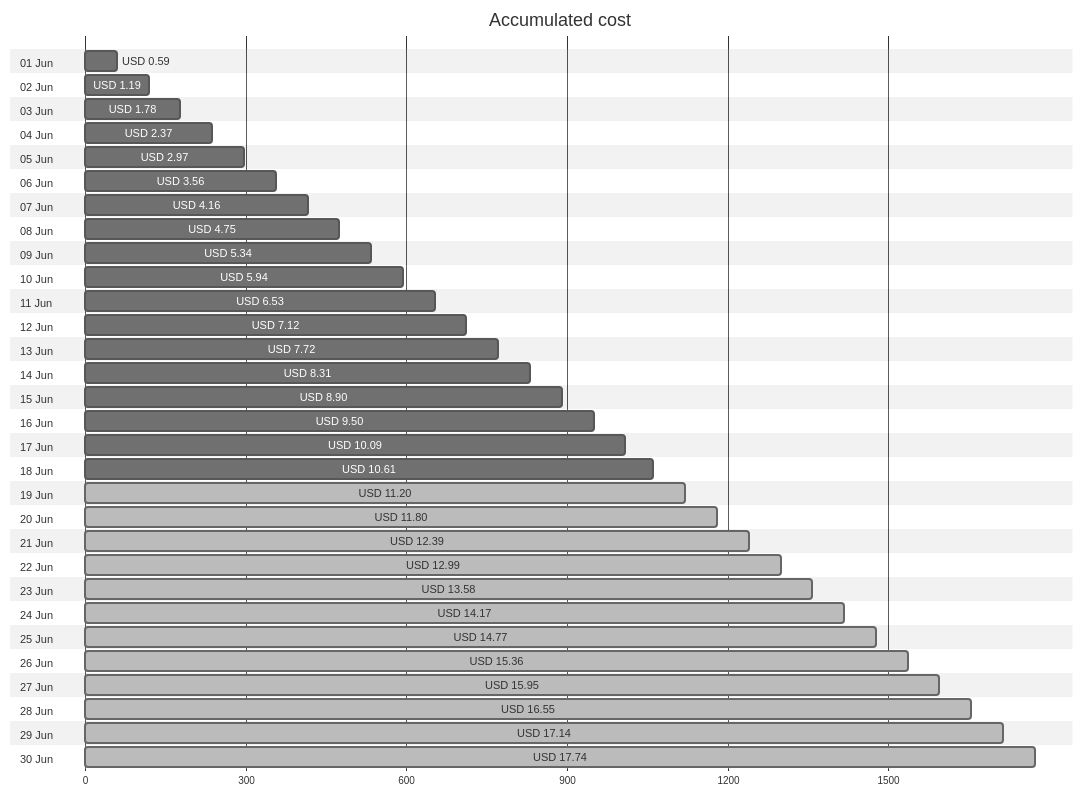
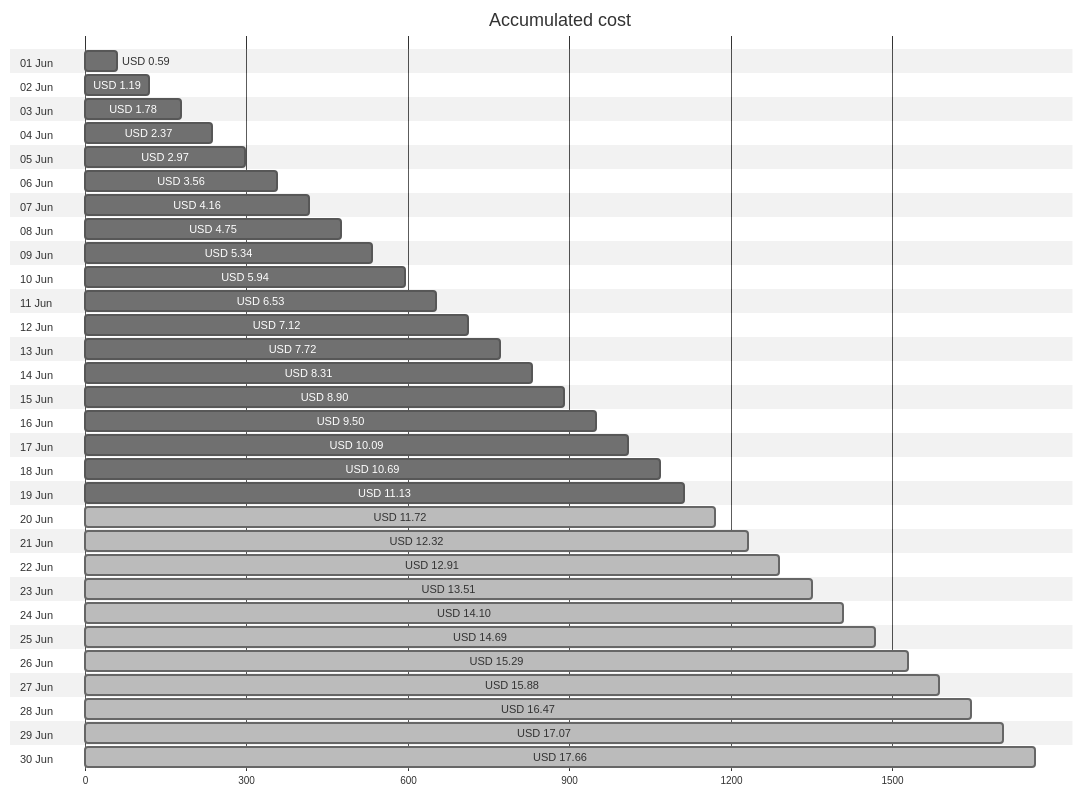
One commit to jpfulton/azure-personal-reports changed the first of 4 diagrams in cost-reports/personal-site/README.md. Above: the diagram before and after it, drawn with Mermaid (neutral theme). The commit also changed other lines of this file and 6 other files, not shown here.

````diff
--- a/cost-reports/personal-site/README.md
+++ b/cost-reports/personal-site/README.md
@@ -20,66 +20,66 @@
 ```mermaid
 gantt
    title Accumulated cost
    dateFormat  X
    axisFormat %s
    section 01 Jun
    USD 0.59 :0, 59
    section 02 Jun
    USD 1.19 :0, 119
    section 03 Jun
    USD 1.78 :0, 178
    section 04 Jun
    USD 2.37 :0, 237
    section 05 Jun
    USD 2.97 :0, 297
    section 06 Jun
    USD 3.56 :0, 356
    section 07 Jun
    USD 4.16 :0, 416
    section 08 Jun
    USD 4.75 :0, 475
    section 09 Jun
    USD 5.34 :0, 534
    section 10 Jun
    USD 5.94 :0, 594
    section 11 Jun
    USD 6.53 :0, 653
    section 12 Jun
    USD 7.12 :0, 712
    section 13 Jun
    USD 7.72 :0, 772
    section 14 Jun
    USD 8.31 :0, 831
    section 15 Jun
    USD 8.90 :0, 890
    section 16 Jun
    USD 9.50 :0, 950
    section 17 Jun
    USD 10.09 :0, 1009
    section 18 Jun
-   USD 10.61 :0, 1061
+   USD 10.69 :0, 1069
    section 19 Jun
-   USD 11.20 : done, 0, 1120
+   USD 11.13 :0, 1113
    section 20 Jun
-   USD 11.80 : done, 0, 1180
+   USD 11.72 : done, 0, 1172
    section 21 Jun
-   USD 12.39 : done, 0, 1239
+   USD 12.32 : done, 0, 1232
    section 22 Jun
-   USD 12.99 : done, 0, 1299
+   USD 12.91 : done, 0, 1291
    section 23 Jun
-   USD 13.58 : done, 0, 1358
+   USD 13.51 : done, 0, 1351
    section 24 Jun
-   USD 14.17 : done, 0, 1417
+   USD 14.10 : done, 0, 1410
    section 25 Jun
-   USD 14.77 : done, 0, 1477
+   USD 14.69 : done, 0, 1469
    section 26 Jun
-   USD 15.36 : done, 0, 1536
+   USD 15.29 : done, 0, 1529
    section 27 Jun
-   USD 15.95 : done, 0, 1595
+   USD 15.88 : done, 0, 1588
    section 28 Jun
-   USD 16.55 : done, 0, 1655
+   USD 16.47 : done, 0, 1647
    section 29 Jun
-   USD 17.14 : done, 0, 1714
+   USD 17.07 : done, 0, 1707
    section 30 Jun
-   USD 17.74 : done, 0, 1774
+   USD 17.66 : done, 0, 1766
 ```
````
